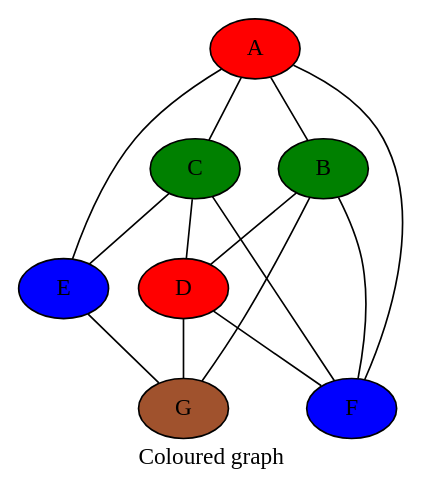
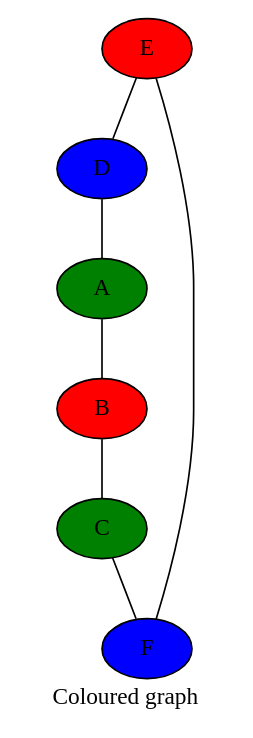
The diagram in AeA/partie2/tp3/welshpowell.dot (sallareznov/m1s2), drawn with Graphviz before and after one commit. The commit also changed 28 other files, not shown here.

```diff
--- a/AeA/partie2/tp3/welshpowell.dot
+++ b/AeA/partie2/tp3/welshpowell.dot
@@ -1,23 +1,15 @@
 graph {
 label="Coloured graph"
-G[label="G", style="filled", color="black", fillcolor="sienna"]
-E[label="E", style="filled", color="black", fillcolor="blue"]
+E[label="E", style="filled", color="black", fillcolor="red"]
 F[label="F", style="filled", color="black", fillcolor="blue"]
 C[label="C", style="filled", color="black", fillcolor="green"]
-D[label="D", style="filled", color="black", fillcolor="red"]
-A[label="A", style="filled", color="black", fillcolor="red"]
-B[label="B", style="filled", color="black", fillcolor="green"]
+D[label="D", style="filled", color="black", fillcolor="blue"]
+A[label="A", style="filled", color="black", fillcolor="green"]
+B[label="B", style="filled", color="black", fillcolor="red"]
 A -- B
-A -- C
-A -- E
-A -- F
-B -- D
-B -- F
-B -- G
-C -- D
-C -- E
+B -- C
 C -- F
-D -- F
-D -- G
-E -- G
+F -- E
+E -- D
+D -- A
 }
```
